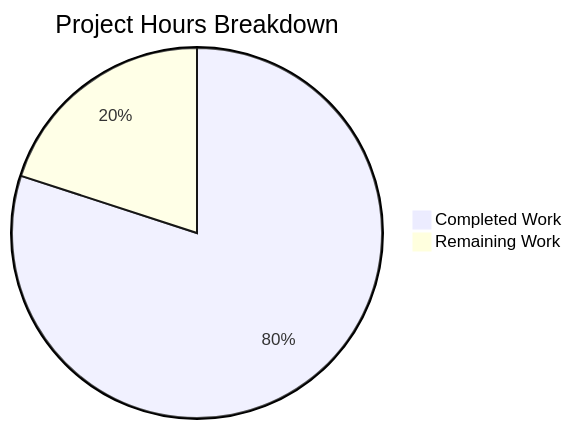
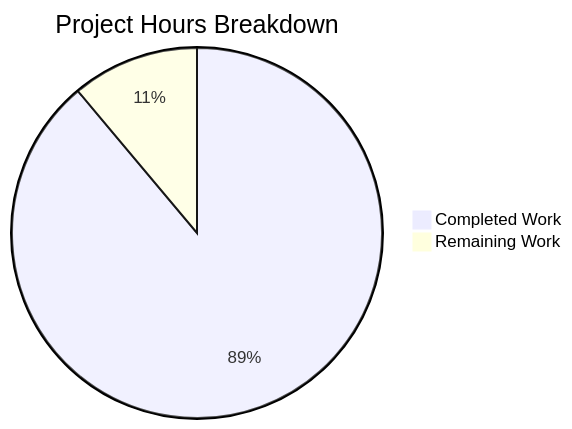
Before and after one commit to Sandeep01Kumar/SK-30-JAN: the diagram in blitzy/documentation/Project Guide.md, drawn with Mermaid. The commit also changed other lines of this file, not shown here.

Commit message:
Adding Blitzy Project Guide: Project Status and Human Tasks Remaining

````diff
--- a/blitzy/documentation/Project Guide.md
+++ b/blitzy/documentation/Project Guide.md
@@ -30,5 +52,5 @@
 ```mermaid
 pie title Project Hours Breakdown
     "Completed Work" : 16
-    "Remaining Work" : 4
+    "Remaining Work" : 2
 ```
````
